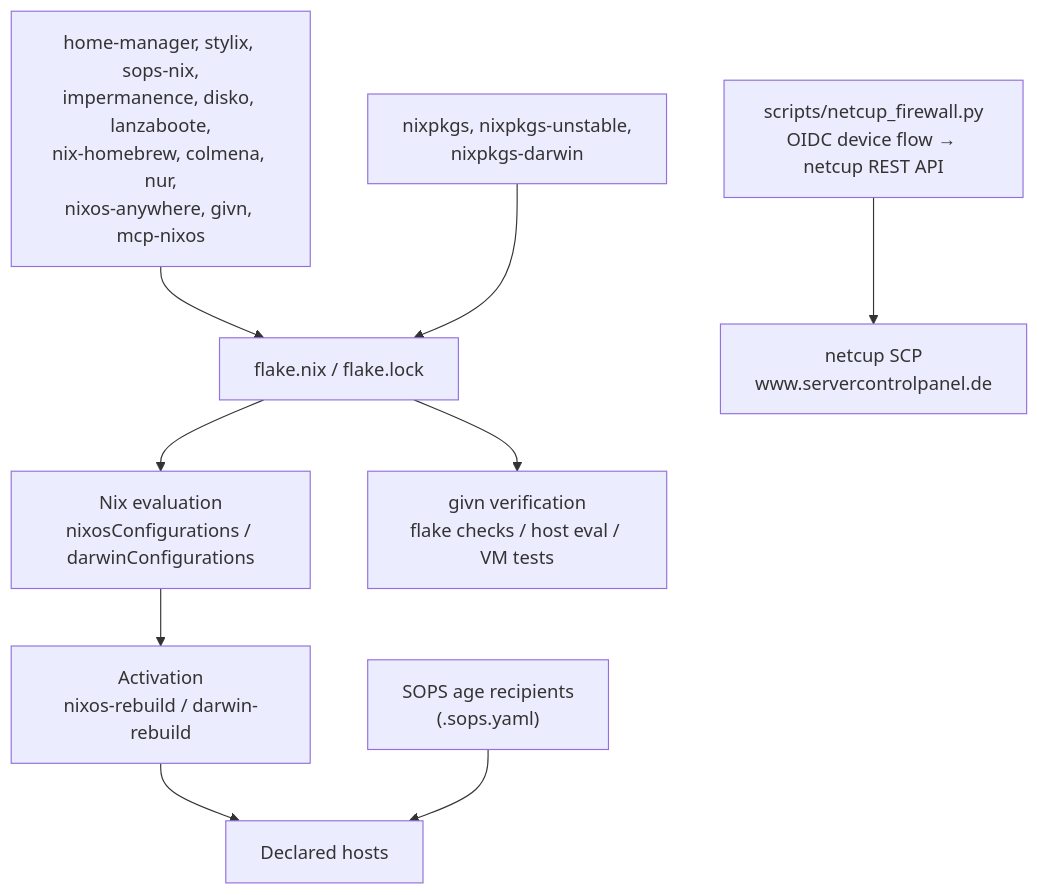
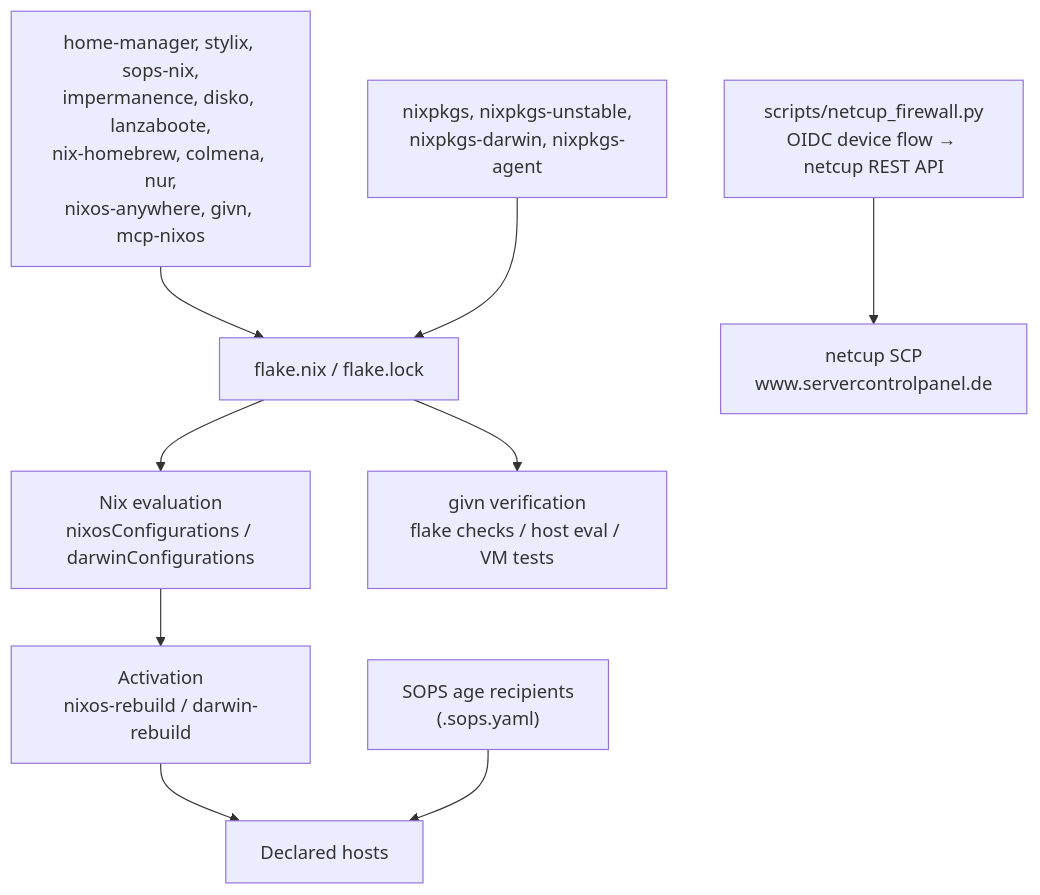
The second of 2 diagrams in docs/arc42/03-context-and-scope.md (kressnerd/nix-config), drawn with Mermaid before and after one commit. The commit also changed other lines of this file and 27 other files, not shown here.

````diff
--- a/docs/arc42/03-context-and-scope.md
+++ b/docs/arc42/03-context-and-scope.md
@@ -56,21 +56,21 @@
 ```mermaid
 flowchart TB
   flake["flake.nix / flake.lock"]
-  nixpkgs["nixpkgs, nixpkgs-unstable,<br/>nixpkgs-darwin"]
+  nixpkgs["nixpkgs, nixpkgs-unstable,<br/>nixpkgs-darwin, nixpkgs-agent"]
   addons["home-manager, stylix, sops-nix,<br/>impermanence, disko, lanzaboote,<br/>nix-homebrew, colmena, nur,<br/>nixos-anywhere, givn, mcp-nixos"]
   eval["Nix evaluation<br/>nixosConfigurations / darwinConfigurations"]
   deploy["Activation<br/>nixos-rebuild / darwin-rebuild"]
   hosts["Declared hosts"]
   sopsage["SOPS age recipients<br/>(.sops.yaml)"]
   pycli["scripts/netcup_firewall.py<br/>OIDC device flow → netcup REST API"]
   nixv["givn verification<br/>flake checks / host eval / VM tests"]
 
   addons --> flake
   nixpkgs --> flake
   flake --> eval
   eval --> deploy
   deploy --> hosts
   sopsage --> hosts
   pycli --> netcupapi["netcup SCP<br/>www.servercontrolpanel.de"]
   flake --> nixv
 ```
````
